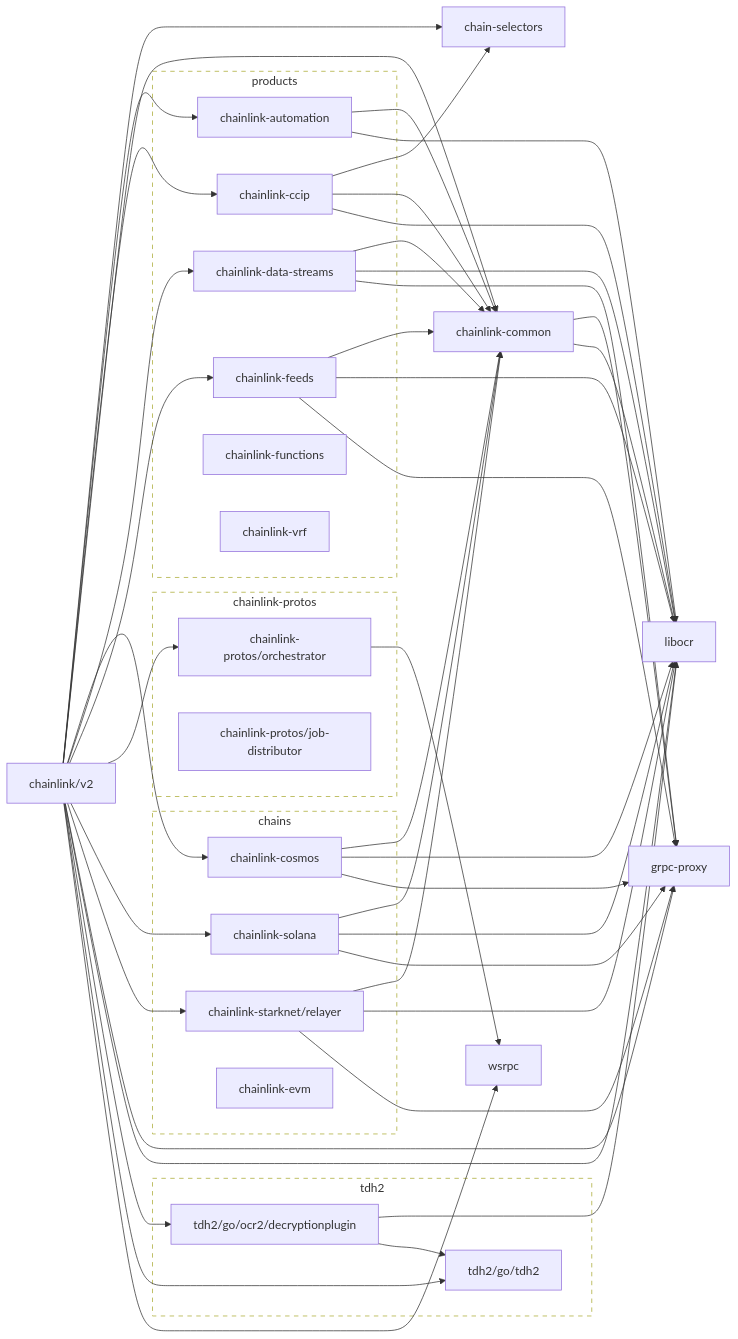
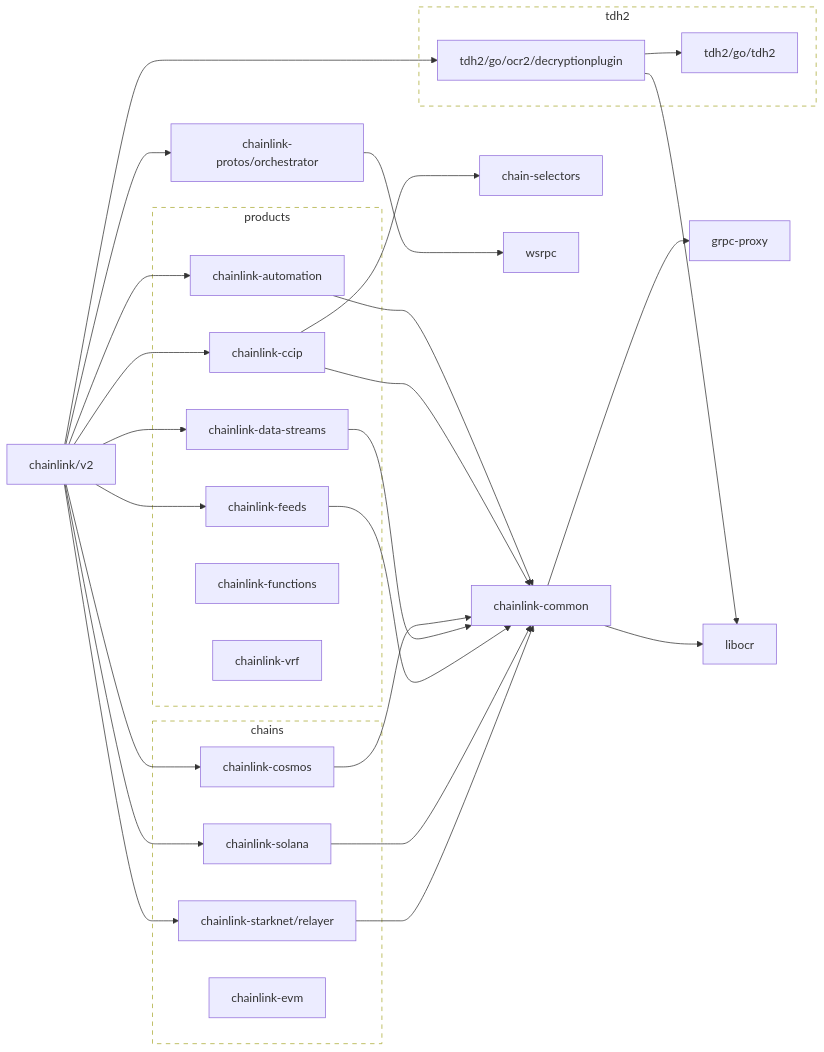
Before and after one commit to trading2024/chainlink: the first of 2 diagrams in go.md, drawn with Mermaid. The commit also changed other lines of this file and 2 other files, not shown here.

````diff
--- a/go.md
+++ b/go.md
@@ -18,72 +18,59 @@
     chainlink-vrf
   end
 
-  subgraph tdh2
-    tdh2/go/tdh2
-    tdh2/go/ocr2/decryptionplugin
-  end
+  classDef group stroke-dasharray:6,fill:none;
+  class chains,products group
 
-  subgraph chainlink-protos
-    chainlink-protos/orchestrator
-    chainlink-protos/job-distributor
-  end
+	chain-selectors
+	click chain-selectors href "https://github.com/smartcontractkit/chain-selectors"
+	chainlink-automation --> chainlink-common
+	click chainlink-automation href "https://github.com/smartcontractkit/chainlink-automation"
+	chainlink-ccip --> chain-selectors
+	chainlink-ccip --> chainlink-common
+	click chainlink-ccip href "https://github.com/smartcontractkit/chainlink-ccip"
+	chainlink-common --> grpc-proxy
+	chainlink-common --> libocr
+	click chainlink-common href "https://github.com/smartcontractkit/chainlink-common"
+	chainlink-cosmos --> chainlink-common
+	click chainlink-cosmos href "https://github.com/smartcontractkit/chainlink-cosmos"
+	chainlink-data-streams --> chainlink-common
+	click chainlink-data-streams href "https://github.com/smartcontractkit/chainlink-data-streams"
+	chainlink-feeds --> chainlink-common
+	click chainlink-feeds href "https://github.com/smartcontractkit/chainlink-feeds"
+	chainlink-protos/orchestrator --> wsrpc
+	click chainlink-protos/orchestrator href "https://github.com/smartcontractkit/chainlink-protos"
+	chainlink-solana --> chainlink-common
+	click chainlink-solana href "https://github.com/smartcontractkit/chainlink-solana"
+	chainlink-starknet/relayer --> chainlink-common
+	click chainlink-starknet/relayer href "https://github.com/smartcontractkit/chainlink-starknet"
+	chainlink/v2 --> chainlink-automation
+	chainlink/v2 --> chainlink-ccip
+	chainlink/v2 --> chainlink-cosmos
+	chainlink/v2 --> chainlink-data-streams
+	chainlink/v2 --> chainlink-feeds
+	chainlink/v2 --> chainlink-protos/orchestrator
+	chainlink/v2 --> chainlink-solana
+	chainlink/v2 --> chainlink-starknet/relayer
+	chainlink/v2 --> tdh2/go/ocr2/decryptionplugin
+	click chainlink/v2 href "https://github.com/smartcontractkit/chainlink"
+	grpc-proxy
+	click grpc-proxy href "https://github.com/smartcontractkit/grpc-proxy"
+	libocr
+	click libocr href "https://github.com/smartcontractkit/libocr"
+	tdh2/go/ocr2/decryptionplugin --> libocr
+	tdh2/go/ocr2/decryptionplugin --> tdh2/go/tdh2
+	click tdh2/go/ocr2/decryptionplugin href "https://github.com/smartcontractkit/tdh2"
+	tdh2/go/tdh2
+	click tdh2/go/tdh2 href "https://github.com/smartcontractkit/tdh2"
+	wsrpc
+	click wsrpc href "https://github.com/smartcontractkit/wsrpc"
 
-  classDef outline stroke-dasharray:6,fill:none;
-  class chains,products,tdh2,chainlink-protos outline
+	subgraph tdh2-repo[tdh2]
+		 tdh2/go/ocr2/decryptionplugin
+		 tdh2/go/tdh2
+	end
+	click tdh2-repo href "https://github.com/smartcontractkit/tdh2"
 
-  chainlink/v2 --> chain-selectors
-  click chain-selectors href "https://github.com/smartcontractkit/chain-selectors"
-  chainlink/v2 --> chainlink-automation
-  click chainlink-automation href "https://github.com/smartcontractkit/chainlink-automation"
-  chainlink/v2 --> chainlink-ccip
-  click chainlink-ccip href "https://github.com/smartcontractkit/chainlink-ccip"
-  chainlink/v2 --> chainlink-common
-  click chainlink-common href "https://github.com/smartcontractkit/chainlink-common"
-  chainlink/v2 --> chainlink-cosmos
-  click chainlink-cosmos href "https://github.com/smartcontractkit/chainlink-cosmos"
-  chainlink/v2 --> chainlink-data-streams
-  click chainlink-data-streams href "https://github.com/smartcontractkit/chainlink-data-streams"
-  chainlink/v2 --> chainlink-feeds
-  click chainlink-feeds href "https://github.com/smartcontractkit/chainlink-feeds"
-  chainlink/v2 --> chainlink-protos/orchestrator
-  click chainlink-protos/orchestrator href "https://github.com/smartcontractkit/chainlink-protos"
-  chainlink/v2 --> chainlink-solana
-  click chainlink-solana href "https://github.com/smartcontractkit/chainlink-solana"
-  chainlink/v2 --> chainlink-starknet/relayer
-  click chainlink-starknet/relayer href "https://github.com/smartcontractkit/chainlink-starknet"
-  chainlink/v2 --> grpc-proxy
-  click grpc-proxy href "https://github.com/smartcontractkit/grpc-proxy"
-  chainlink/v2 --> libocr
-  click libocr href "https://github.com/smartcontractkit/libocr"
-  chainlink/v2 --> tdh2/go/ocr2/decryptionplugin
-  click tdh2/go/ocr2/decryptionplugin href "https://github.com/smartcontractkit/tdh2"
-  chainlink/v2 --> tdh2/go/tdh2
-  click tdh2/go/tdh2 href "https://github.com/smartcontractkit/tdh2"
-  chainlink/v2 --> wsrpc
-  click wsrpc href "https://github.com/smartcontractkit/wsrpc"
-  chainlink-automation --> chainlink-common
-  chainlink-automation --> libocr
-  chainlink-ccip --> chain-selectors
-  chainlink-ccip --> chainlink-common
-  chainlink-ccip --> libocr
-  chainlink-common --> grpc-proxy
-  chainlink-common --> libocr
-  chainlink-cosmos --> chainlink-common
-  chainlink-cosmos --> libocr
-  chainlink-cosmos --> grpc-proxy
-  chainlink-data-streams --> chainlink-common
-  chainlink-data-streams --> libocr
-  chainlink-data-streams --> grpc-proxy
-  chainlink-feeds --> chainlink-common
-  chainlink-feeds --> libocr
-  chainlink-feeds --> grpc-proxy
-  chainlink-protos/orchestrator --> wsrpc
-  chainlink-solana --> chainlink-common
-  chainlink-solana --> libocr
-  chainlink-solana --> grpc-proxy
-  chainlink-starknet/relayer --> chainlink-common
-  chainlink-starknet/relayer --> libocr
-  chainlink-starknet/relayer --> grpc-proxy
-  tdh2/go/ocr2/decryptionplugin --> libocr
-  tdh2/go/ocr2/decryptionplugin --> tdh2/go/tdh2
+	classDef outline stroke-dasharray:6,fill:none;
+	class tdh2-repo outline
 ```
````
